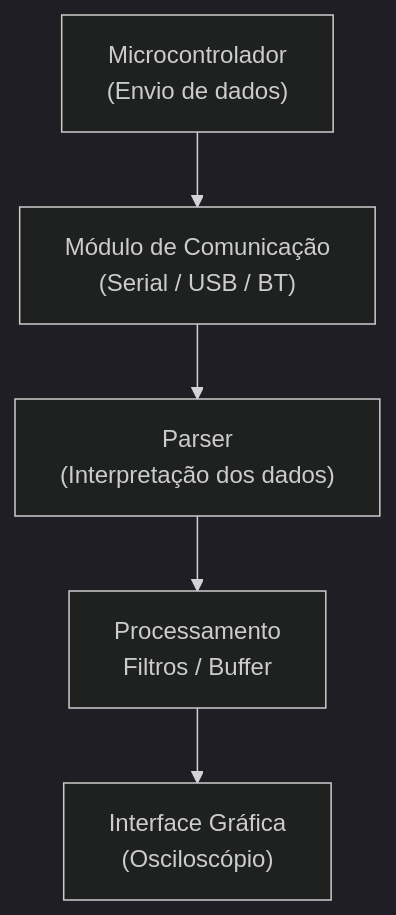
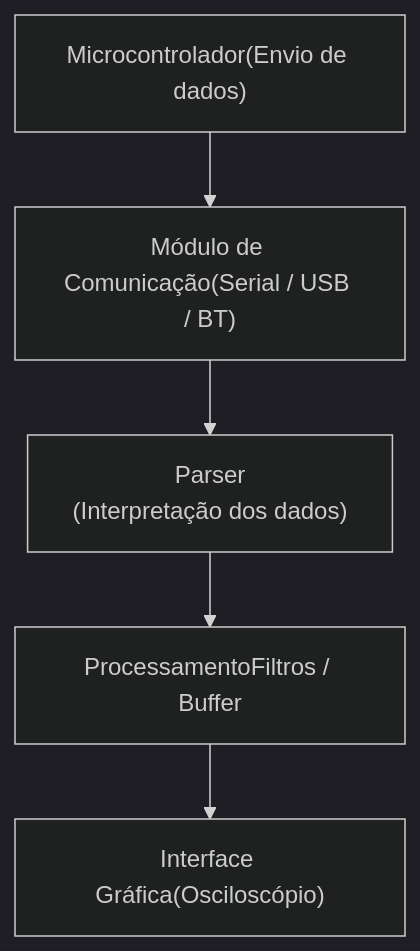
One commit to fab-rodrigs/portable-oscilloscope-pi3 changed the diagram in docs/etapa-3/diagrama_arquitetura.md. Above: the diagram before and after it, drawn with Mermaid (dark theme).

````diff
--- a/docs/etapa-3/diagrama_arquitetura.md
+++ b/docs/etapa-3/diagrama_arquitetura.md
@@ -10,10 +10,10 @@
 ```mermaid
 flowchart TD
-    MCU["Microcontrolador\n(Envio de dados)"]
-    COMMS["Módulo de Comunicação\n(Serial / USB / BT)"]
+    MCU["Microcontrolador(Envio de dados)"]
+    COMMS["Módulo de Comunicação(Serial / USB / BT)"]
     PARSER["Parser\n(Interpretação dos dados)"]
-    PROC["Processamento\nFiltros / Buffer"]
-    UI["Interface Gráfica\n(Osciloscópio)"]
+    PROC["ProcessamentoFiltros / Buffer"]
+    UI["Interface Gráfica(Osciloscópio)"]
 
     MCU --> COMMS --> PARSER --> PROC --> UI
 ```
````
